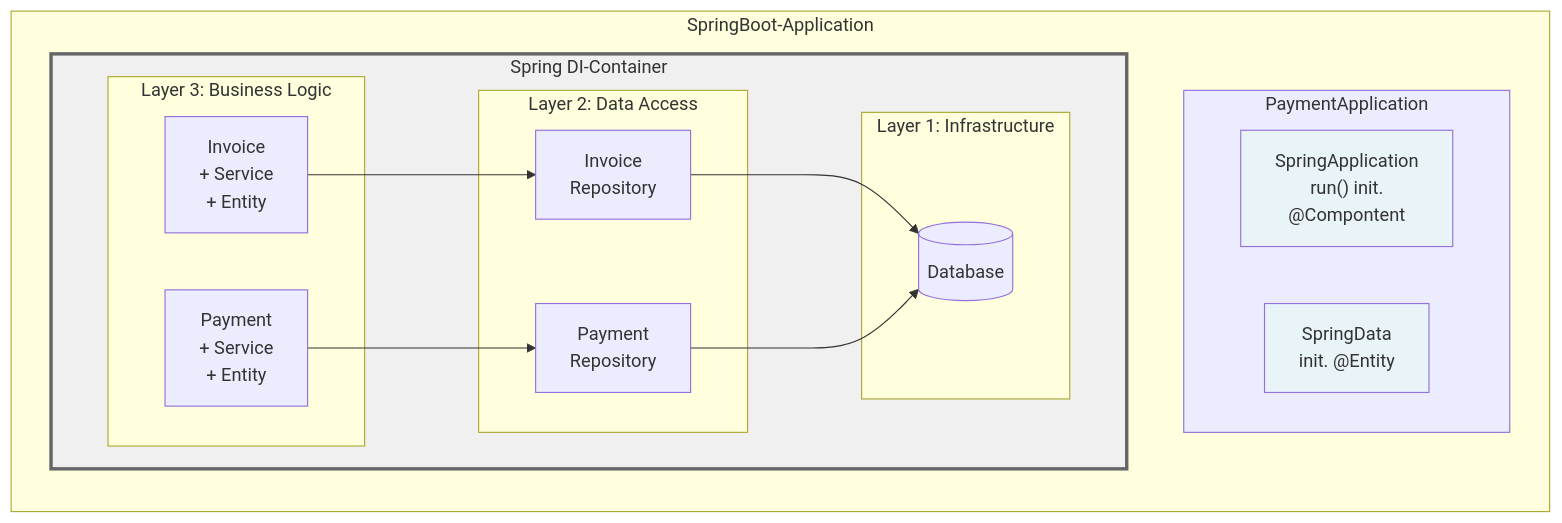
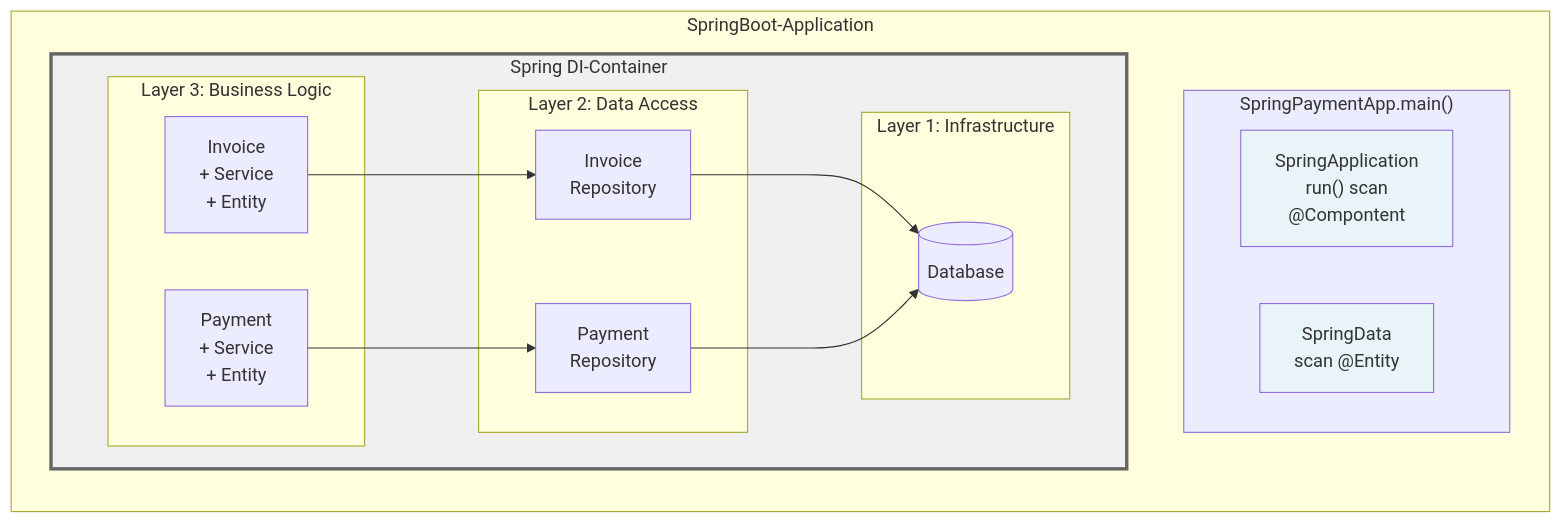
The first of 5 diagrams in blog/_draft/000_notes.md (andreas-wagner-dev/object-oriented-learning-journey), drawn with Mermaid before and after one commit. The commit also changed other lines of this file, not shown here.

````diff
--- a/blog/_draft/000_notes.md
+++ b/blog/_draft/000_notes.md
@@ -17,40 +17,40 @@
 ```mermaid
 graph LR
 
     subgraph LR Spring["SpringBoot-Application"]
 
-        subgraph Magic["PaymentApplication"]
-            App["SpringApplication<br>run() init.<br/>@Compontent"]
-            ORM["SpringData<br>init. @Entity"]
+        subgraph Magic["SpringPaymentApp.main()"]
+            App["SpringApplication<br>run() scan<br/>@Compontent"]
+            ORM["SpringData<br>scan @Entity"]
         end
 
         subgraph Container["Spring DI-Container"]
 
             subgraph L3["Layer 3: Business Logic"]
                 Invoice["Invoice<br/>+ Service<br/>+ Entity"]
                 Payment["Payment<br/>+ Service<br/>+ Entity"]
             end
 
             subgraph L2["Layer 2: Data Access"]
                 InvoiceRepo[Invoice<br/>Repository]
                 PaymentRepo[Payment<br/>Repository]
             end
 
             subgraph L1["Layer 1: Infrastructure"]
                 DB[(Database)]
             end
 
         end
 
     end
 
     Invoice --> InvoiceRepo
     Payment --> PaymentRepo
     InvoiceRepo --> DB
     PaymentRepo --> DB
 
-    style Magic fill:#ececff,stroke:#9370db
     style App fill:#e8f4f8
     style ORM fill:#e8f4f8
     style Container fill:#f0f0f0,stroke:#666,stroke-width:3px
+    style Magic fill:#ececff,stroke:#9370db
 ```
````
